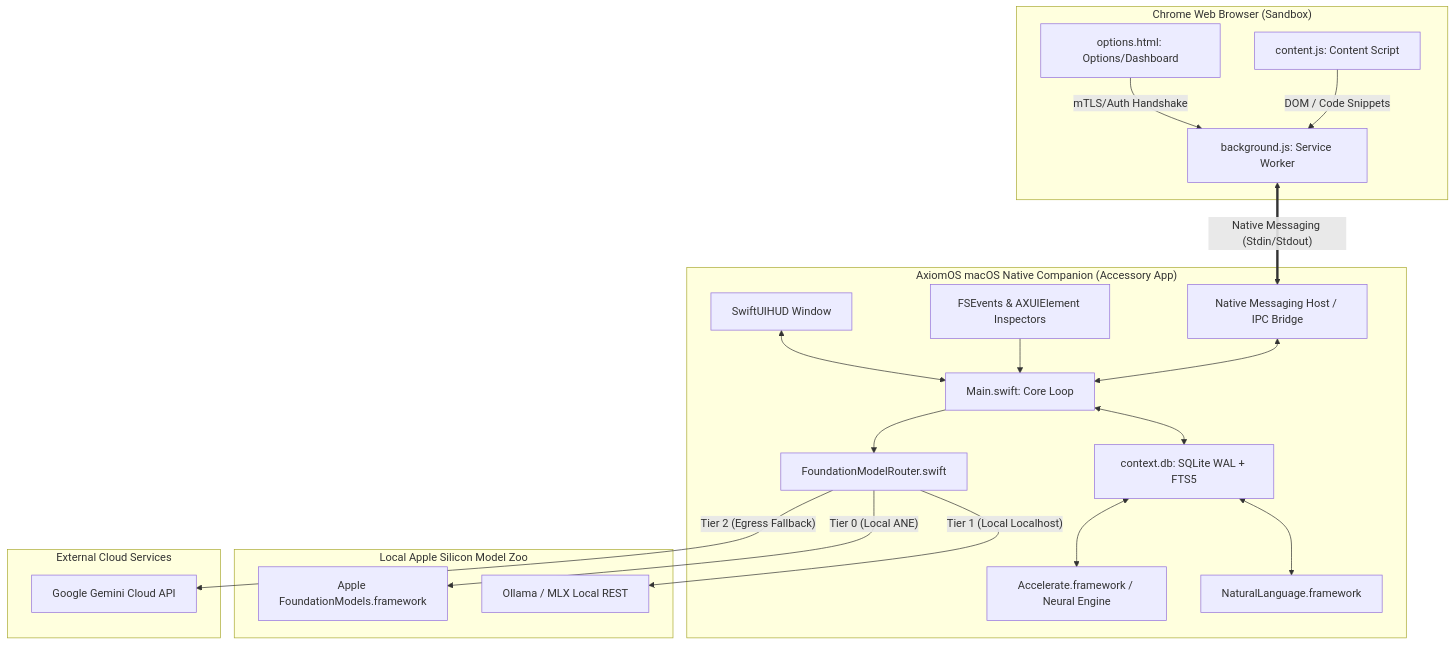
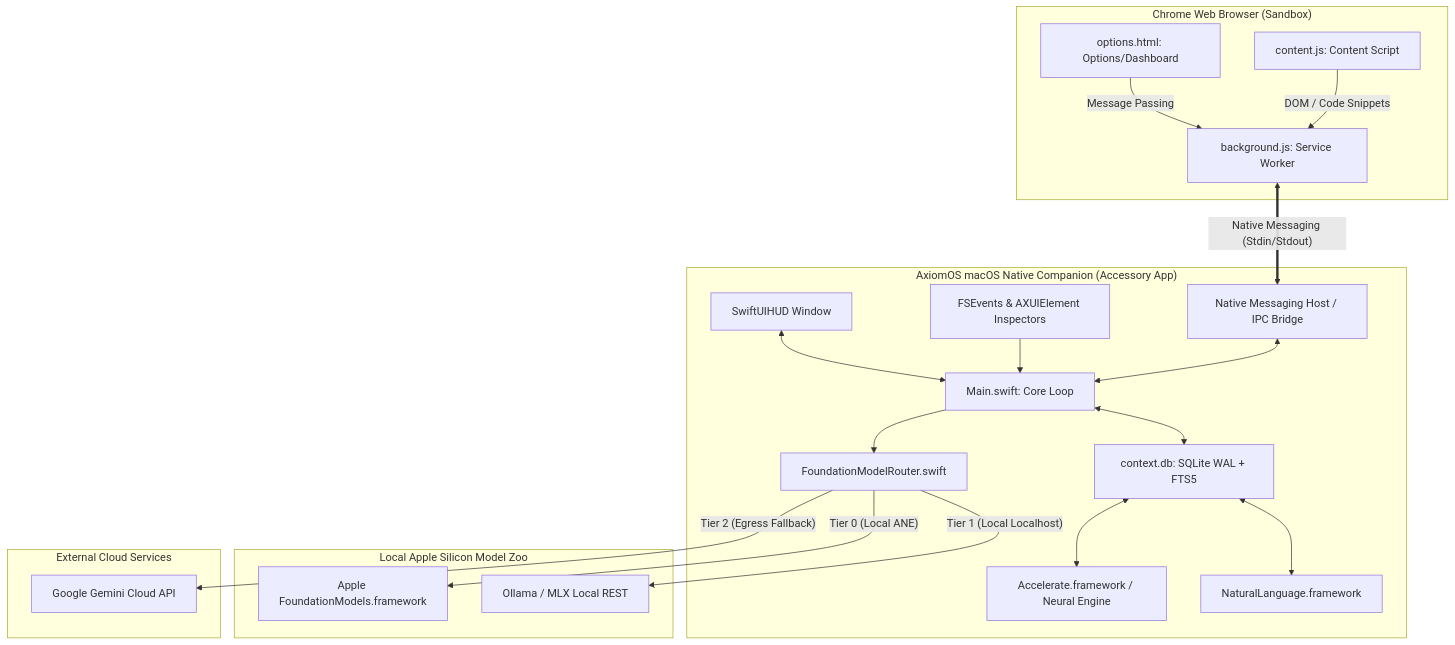
One commit to Sreeram5678/Axiom changed the diagram in Plans/axiom_suite_technical_specification.md. Above: the diagram before and after it, drawn with Mermaid. The commit also changed other lines of this file and 12 other files, not shown here.

Commit message:
feat(axiom): Phase 1 complete — IPC bridge, tiered router, context graph, ambient stitcher

````diff
--- a/Plans/axiom_suite_technical_specification.md
+++ b/Plans/axiom_suite_technical_specification.md
@@ -9,45 +9,45 @@
 ```mermaid
 graph TD
     subgraph "Chrome Web Browser (Sandbox)"
         CE_SW[background.js: Service Worker]
         CE_CS[content.js: Content Script]
         CE_OP[options.html: Options/Dashboard]
         CE_CS -- "DOM / Code Snippets" --> CE_SW
-        CE_OP -- "mTLS/Auth Handshake" --> CE_SW
+        CE_OP -- "Message Passing" --> CE_SW
     end
 
     subgraph "AxiomOS macOS Native Companion (Accessory App)"
         A_HUD[SwiftUIHUD Window]
         A_CORE[Main.swift: Core Loop]
         A_IPC[Native Messaging Host / IPC Bridge]
         A_SR[FoundationModelRouter.swift]
         A_DB[context.db: SQLite WAL + FTS5]
         A_ANE[Accelerate.framework / Neural Engine]
         A_ANE_NL[NaturalLanguage.framework]
         A_ENV[FSEvents & AXUIElement Inspectors]
     end
 
     subgraph "Local Apple Silicon Model Zoo"
         FM_FW[Apple FoundationModels.framework]
         O_LOC[Ollama / MLX Local REST]
     end
 
     subgraph "External Cloud Services"
         G_CLD[Google Gemini Cloud API]
     end
 
     %% Communication Links
     CE_SW <== "Native Messaging (Stdin/Stdout)" ==> A_IPC
     A_IPC <--> A_CORE
     A_CORE <--> A_DB
     A_DB <--> A_ANE
     A_DB <--> A_ANE_NL
     A_ENV --> A_CORE
     A_HUD <--> A_CORE
     
     %% Routing Paths
     A_CORE --> A_SR
     A_SR -- "Tier 0 (Local ANE)" --> FM_FW
     A_SR -- "Tier 1 (Local Localhost)" --> O_LOC
     A_SR -- "Tier 2 (Egress Fallback)" --> G_CLD
 ```
````
